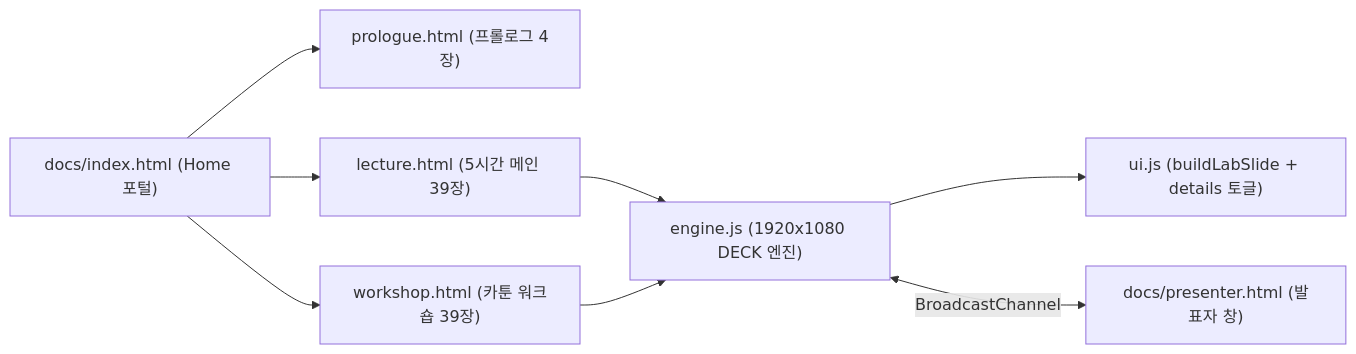
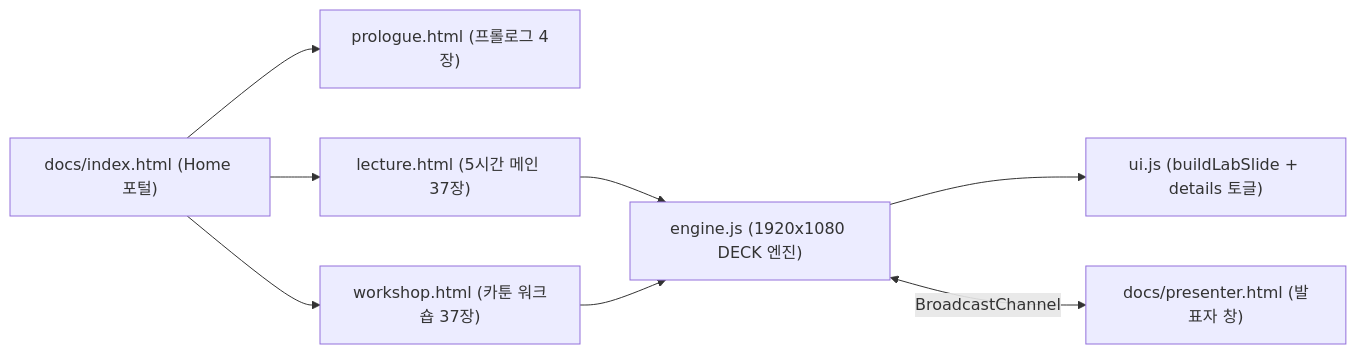
One commit to yojulab/learn_Loop_engineering changed the diagram in docs/README.md. Above: the diagram before and after it, drawn with Mermaid. The commit also changed other lines of this file and 41 other files, not shown here.

````diff
--- a/docs/README.md
+++ b/docs/README.md
@@ -16,9 +16,9 @@
 ```mermaid
 flowchart LR
     IDX["docs/index.html (Home 포털)"] --> PRO["prologue.html (프롤로그 4장)"]
-    IDX --> LEC["lecture.html (5시간 메인 39장)"]
-    IDX --> WRK["workshop.html (카툰 워크숍 39장)"]
+    IDX --> LEC["lecture.html (5시간 메인 37장)"]
+    IDX --> WRK["workshop.html (카툰 워크숍 37장)"]
     LEC & WRK --> ENG["engine.js (1920x1080 DECK 엔진)"]
     ENG --> UI["ui.js (buildLabSlide + details 토글)"]
     ENG <-->|"BroadcastChannel"| PRS["docs/presenter.html (발표자 창)"]
 ```
````
